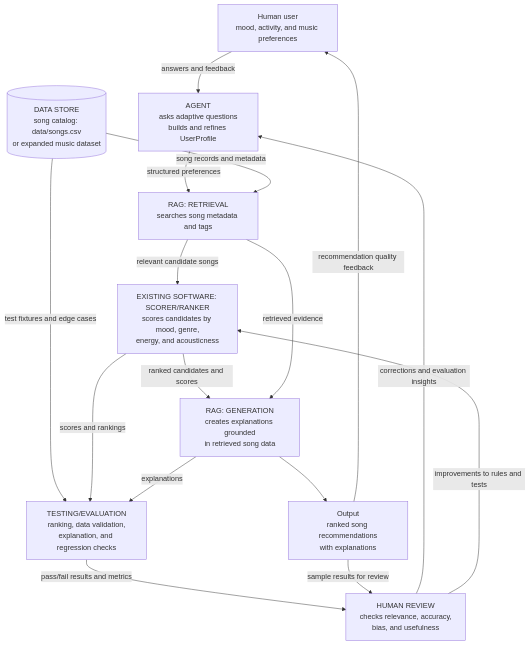
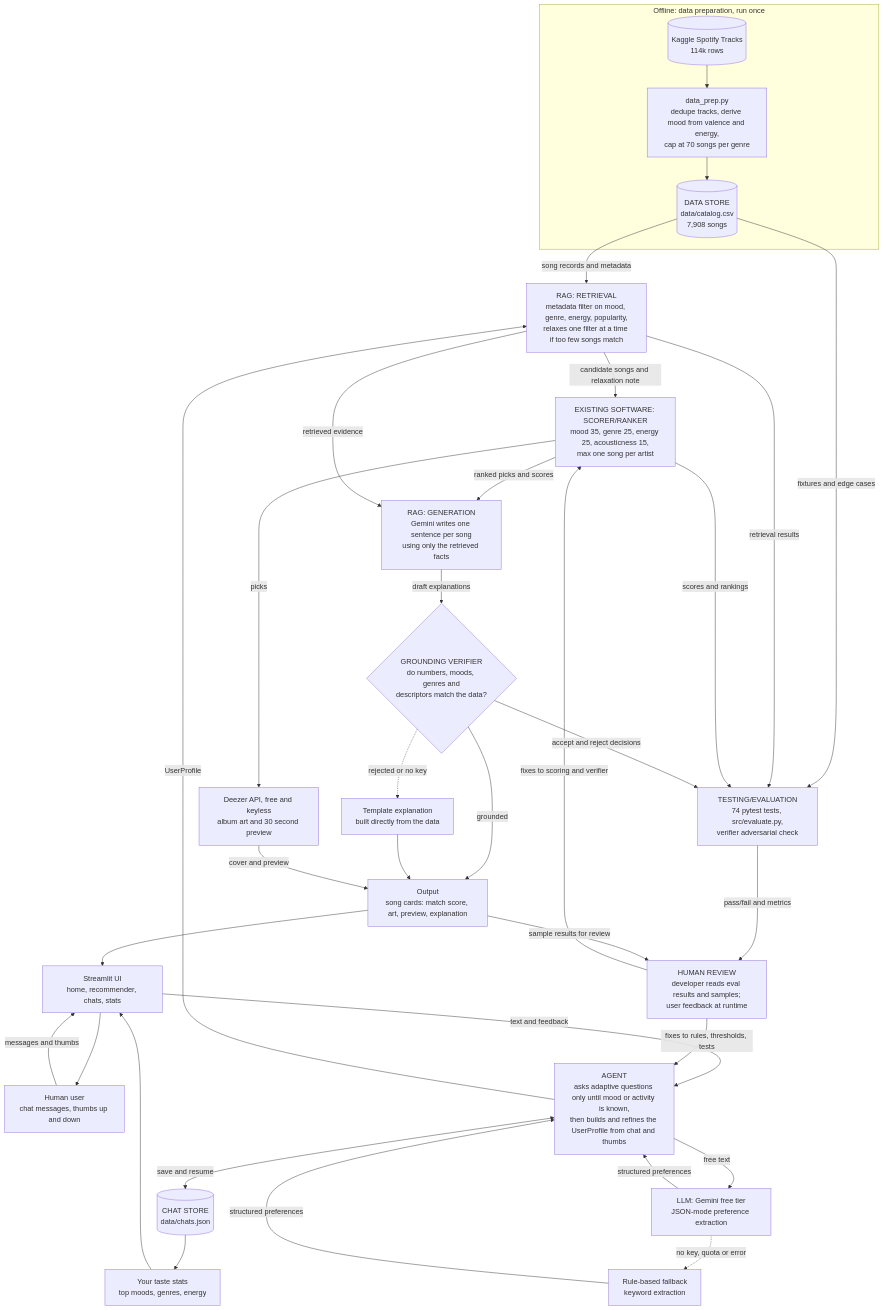
One commit to Hannak1001/applied-ai-system-project changed the diagram in diagrams/architecture.mmd. Above: the diagram before and after it, drawn with Mermaid. The commit also changed 32 other files, not shown here.

```diff
--- a/diagrams/architecture.mmd
+++ b/diagrams/architecture.mmd
@@ -1,27 +1,56 @@
 flowchart TD
-    U[Human user<br/>mood, activity, and music preferences]
-    A[AGENT<br/>asks adaptive questions<br/>builds and refines UserProfile]
-    R[RAG: RETRIEVAL<br/>searches song metadata and tags]
-    D[(DATA STORE<br/>song catalog: data/songs.csv<br/>or expanded music dataset)]
-    S[EXISTING SOFTWARE: SCORER/RANKER<br/>scores candidates by mood, genre,<br/>energy, and acousticness]
-    G[RAG: GENERATION<br/>creates explanations grounded<br/>in retrieved song data]
-    O[Output<br/>ranked song recommendations<br/>with explanations]
-    T[TESTING/EVALUATION<br/>ranking, data validation,<br/>explanation, and regression checks]
-    H[HUMAN REVIEW<br/>checks relevance, accuracy,<br/>bias, and usefulness]
+    subgraph OFFLINE["Offline: data preparation, run once"]
+        K[("Kaggle Spotify Tracks<br/>114k rows")]
+        P["data_prep.py<br/>dedupe tracks, derive mood from valence and energy,<br/>cap at 70 songs per genre"]
+        D[("DATA STORE<br/>data/catalog.csv<br/>7,908 songs")]
+        K --> P --> D
+    end
 
-    U -->|answers and feedback| A
-    A -->|structured preferences| R
+    U["Human user<br/>chat messages, thumbs up and down"]
+    UI["Streamlit UI<br/>home, recommender, chats, stats"]
+    A["AGENT<br/>asks adaptive questions only until mood or activity is known,<br/>then builds and refines the UserProfile from chat and thumbs"]
+    L["LLM: Gemini free tier<br/>JSON-mode preference extraction"]
+    RB["Rule-based fallback<br/>keyword extraction"]
+    R["RAG: RETRIEVAL<br/>metadata filter on mood, genre, energy, popularity,<br/>relaxes one filter at a time if too few songs match"]
+    S["EXISTING SOFTWARE: SCORER/RANKER<br/>mood 35, genre 25, energy 25, acousticness 15,<br/>max one song per artist"]
+    G["RAG: GENERATION<br/>Gemini writes one sentence per song<br/>using only the retrieved facts"]
+    V{"GROUNDING VERIFIER<br/>do numbers, moods, genres and<br/>descriptors match the data?"}
+    T["Template explanation<br/>built directly from the data"]
+    DZ["Deezer API, free and keyless<br/>album art and 30 second preview"]
+    O["Output<br/>song cards: match score, art, preview, explanation"]
+    CS[("CHAT STORE<br/>data/chats.json")]
+    ST["Your taste stats<br/>top moods, genres, energy"]
+    TE["TESTING/EVALUATION<br/>74 pytest tests, src/evaluate.py,<br/>verifier adversarial check"]
+    H["HUMAN REVIEW<br/>developer reads eval results and samples;<br/>user feedback at runtime"]
+
+    U -->|messages and thumbs| UI
+    UI -->|text and feedback| A
+    A -->|free text| L
+    L -->|structured preferences| A
+    L -.->|no key, quota or error| RB
+    RB -->|structured preferences| A
+    A -->|UserProfile| R
     D -->|song records and metadata| R
-    R -->|relevant candidate songs| S
-    S -->|ranked candidates and scores| G
+    R -->|candidate songs and relaxation note| S
+    S -->|ranked picks and scores| G
     R -->|retrieved evidence| G
-    G --> O
-    O -->|recommendation quality feedback| U
+    G -->|draft explanations| V
+    V -->|grounded| O
+    V -.->|rejected or no key| T
+    T --> O
+    S -->|picks| DZ
+    DZ -->|cover and preview| O
+    O --> UI
+    UI --> U
+    A <-->|save and resume| CS
+    CS --> ST
+    ST --> UI
 
-    D -->|test fixtures and edge cases| T
-    S -->|scores and rankings| T
-    G -->|explanations| T
-    T -->|pass/fail results and metrics| H
+    D -->|fixtures and edge cases| TE
+    R -->|retrieval results| TE
+    S -->|scores and rankings| TE
+    V -->|accept and reject decisions| TE
+    TE -->|pass/fail and metrics| H
     O -->|sample results for review| H
-    H -->|corrections and evaluation insights| A
-    H -->|improvements to rules and tests| S
+    H -->|fixes to rules, thresholds, tests| A
+    H -->|fixes to scoring and verifier| S
```
